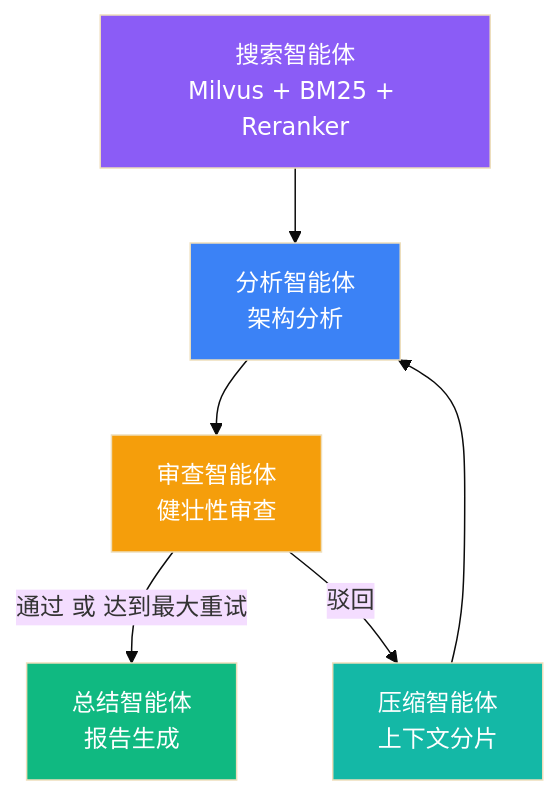
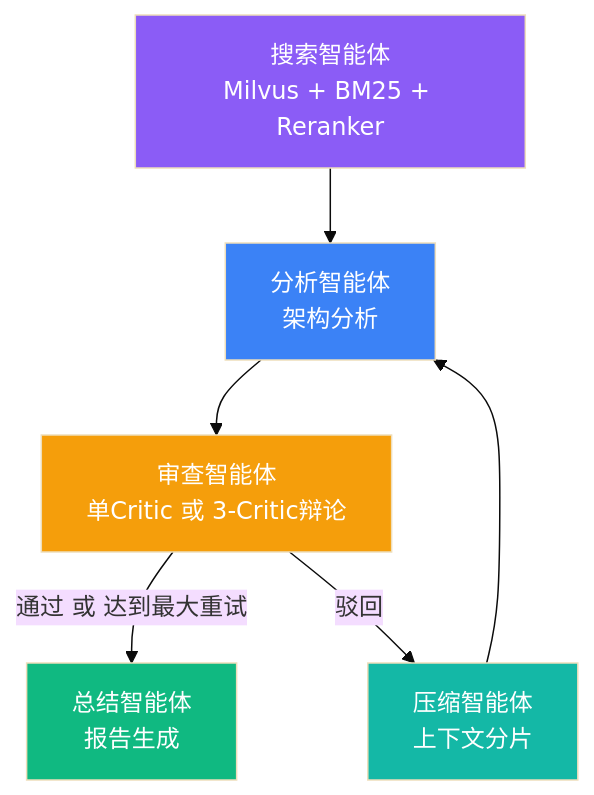
Before and after one commit to miemie098/Miemie-MultiAgent-Solver: the diagram in README.md, drawn with Mermaid (base theme). The commit also changed other lines of this file, not shown here.

````diff
--- a/README.md
+++ b/README.md
@@ -24,14 +25,14 @@
 ```mermaid
 graph TD
     SEARCH[搜索智能体<br/>Milvus + BM25 + Reranker] --> ANALYZER[分析智能体<br/>架构分析]
-    ANALYZER --> CRITIC[审查智能体<br/>健壮性审查]
+    ANALYZER --> CRITIC[审查智能体<br/>单Critic 或 3-Critic辩论]
     CRITIC -->|通过 或 达到最大重试| SUMMARY[总结智能体<br/>报告生成]
     CRITIC -->|驳回| COMPACTOR[压缩智能体<br/>上下文分片]
     COMPACTOR --> ANALYZER
 
     style SEARCH fill:#8b5cf6,color:#fff
     style ANALYZER fill:#3b82f6,color:#fff
     style CRITIC fill:#f59e0b,color:#fff
     style COMPACTOR fill:#14b8a6,color:#fff
     style SUMMARY fill:#10b981,color:#fff
 ```
````
